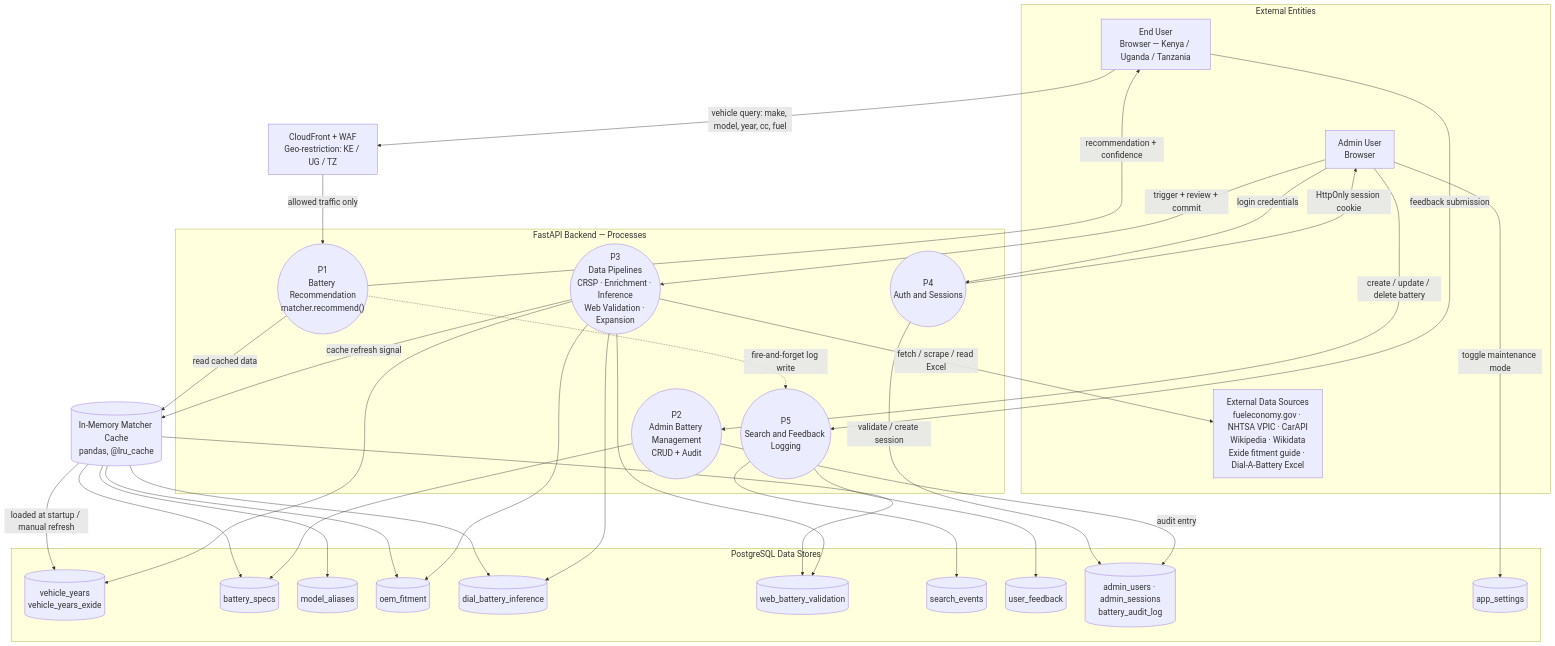
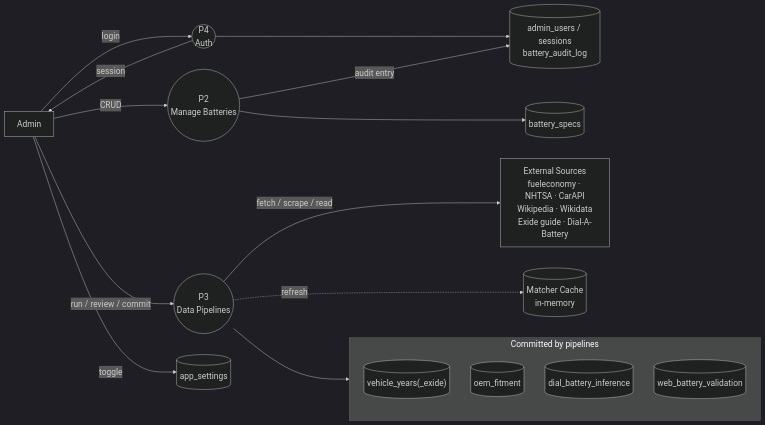
One commit to em-brandon/Chloride-Exide-KE-Battery-Finder-Web-App changed the second of 6 diagrams in README.md. Above: the diagram before and after it, drawn with Mermaid. The commit also changed other lines of this file, not shown here.

Commit message:
docs: split the DFD into two diagrams, force dark theme, cut edges
The single 15-node/24-edge diagram rendered as an illegible tangle —
CACHE and P3 both fanning out to the same 4-6 data-store nodes across
subgraph boundaries produced long crossing lines with no clean layout.

Splits it into two smaller, single-purpose diagrams (public request
path; admin + pipelines) so each stays under ~10 edges, routes the
cache's 6-table fan-out as one edge into a subgraph box instead of six
separate edges to individual nodes, and switches from 'default' theme
to 'dark' explicitly so it renders with real contrast instead of pale
cream boxes on a dark page background.

````diff
--- a/README.md
+++ b/README.md
@@ -102,64 +129,24 @@
 ```mermaid
-%%{init: {'theme': 'default', 'themeVariables': {'fontSize': '20px'}, 'flowchart': {'nodeSpacing': 45, 'rankSpacing': 70}}}%%
-flowchart TB
-    subgraph EXTERNAL["External Entities"]
-        EU["End User<br/>Browser — Kenya / Uganda / Tanzania"]
-        AD["Admin User<br/>Browser"]
-        EXT["External Data Sources<br/>fueleconomy.gov · NHTSA VPIC · CarAPI<br/>Wikipedia · Wikidata<br/>Exide fitment guide · Dial-A-Battery Excel"]
-    end
+%%{init: {'theme': 'dark', 'themeVariables': {'fontSize': '20px'}, 'flowchart': {'nodeSpacing': 50, 'rankSpacing': 80, 'curve': 'basis'}}}%%
+flowchart LR
+    AD["Admin"] -- "login" --> P4(("P4<br/>Auth")) -- "session" --> AD
+    P4 --> DS9[("admin_users / sessions<br/>battery_audit_log")]
 
-    EDGE["CloudFront + WAF<br/>Geo-restriction: KE / UG / TZ"]
+    AD -- "CRUD" --> P2(("P2<br/>Manage Batteries"))
+    P2 --> DS2[("battery_specs")]
+    P2 -- "audit entry" --> DS9
 
-    subgraph PROC["FastAPI Backend — Processes"]
-        P1(("P1<br/>Battery Recommendation<br/>matcher.recommend()"))
-        P2(("P2<br/>Admin Battery Management<br/>CRUD + Audit"))
-        P3(("P3<br/>Data Pipelines<br/>CRSP · Enrichment · Inference<br/>Web Validation · Expansion"))
-        P4(("P4<br/>Auth and Sessions"))
-        P5(("P5<br/>Search and Feedback Logging"))
-    end
+    AD -- "run / review / commit" --> P3(("P3<br/>Data Pipelines"))
+    P3 -- "fetch / scrape / read" --> EXT["External Sources<br/>fueleconomy · NHTSA · CarAPI<br/>Wikipedia · Wikidata<br/>Exide guide · Dial-A-Battery"]
+    P3 --> WRITES
+    P3 -. "refresh" .-> CACHE[("Matcher Cache<br/>in-memory")]
+    AD -- "toggle" --> DS10[("app_settings")]
 
-    CACHE[("In-Memory Matcher Cache<br/>pandas, @lru_cache")]
-
-    subgraph STORES["PostgreSQL Data Stores"]
-        DS1[("vehicle_years<br/>vehicle_years_exide")]
-        DS2[("battery_specs")]
-        DS3[("model_aliases")]
+    subgraph WRITES["Committed by pipelines"]
+        direction TB
+        DS1[("vehicle_years(_exide)")]
         DS4[("oem_fitment")]
         DS5[("dial_battery_inference")]
         DS6[("web_battery_validation")]
-        DS7[("search_events")]
-        DS8[("user_feedback")]
-        DS9[("admin_users · admin_sessions<br/>battery_audit_log")]
-        DS10[("app_settings")]
     end
-
-    EU -- "vehicle query: make, model, year, cc, fuel" --> EDGE
-    EDGE -- "allowed traffic only" --> P1
-    P1 -- "recommendation + confidence" --> EU
-    P1 -- "read cached data" --> CACHE
-    CACHE -- "loaded at startup / manual refresh" --> DS1
-    CACHE --> DS2
-    CACHE --> DS3
-    CACHE --> DS4
-    CACHE --> DS5
-    CACHE --> DS6
-    P1 -. "fire-and-forget log write" .-> P5
-    EU -- "feedback submission" --> P5
-    P5 --> DS7
-    P5 --> DS8
-
-    AD -- "login credentials" --> P4
-    P4 -- "validate / create session" --> DS9
-    P4 -- "HttpOnly session cookie" --> AD
-    AD -- "create / update / delete battery" --> P2
-    P2 --> DS2
-    P2 -- "audit entry" --> DS9
-    AD -- "trigger + review + commit" --> P3
-    P3 -- "fetch / scrape / read Excel" --> EXT
-    P3 --> DS1
-    P3 --> DS4
-    P3 --> DS5
-    P3 --> DS6
-    P3 -- "cache refresh signal" --> CACHE
-    AD -- "toggle maintenance mode" --> DS10
 ```
````
